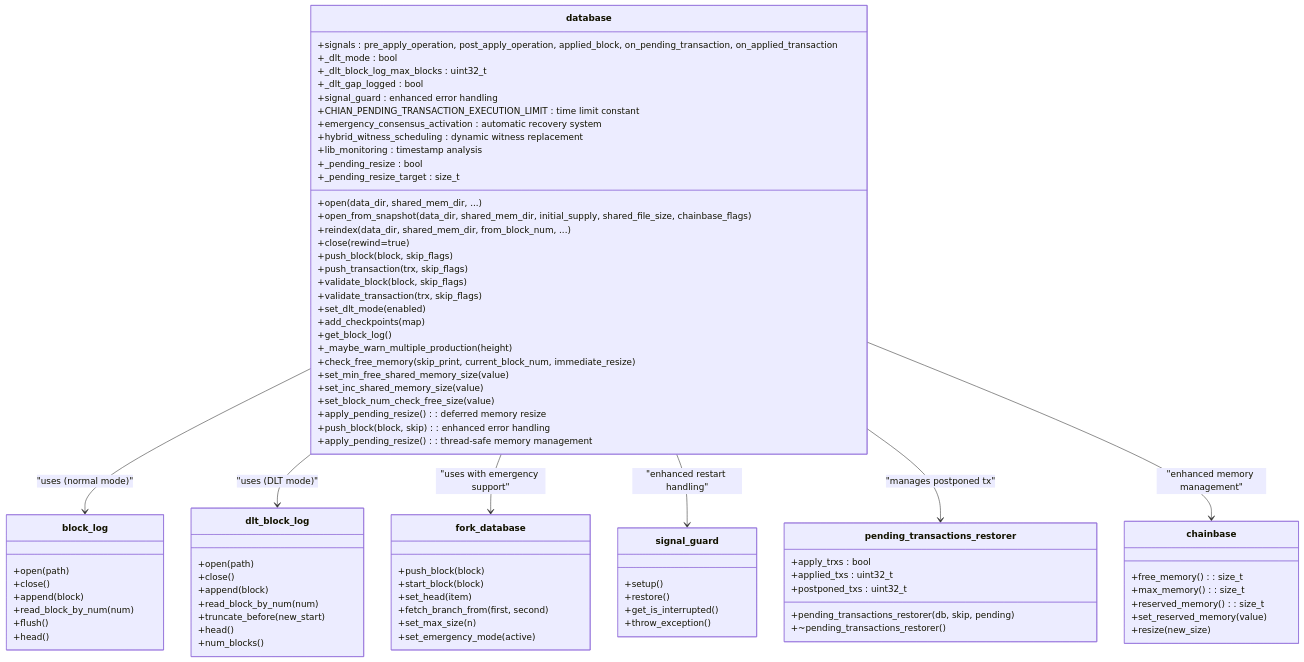
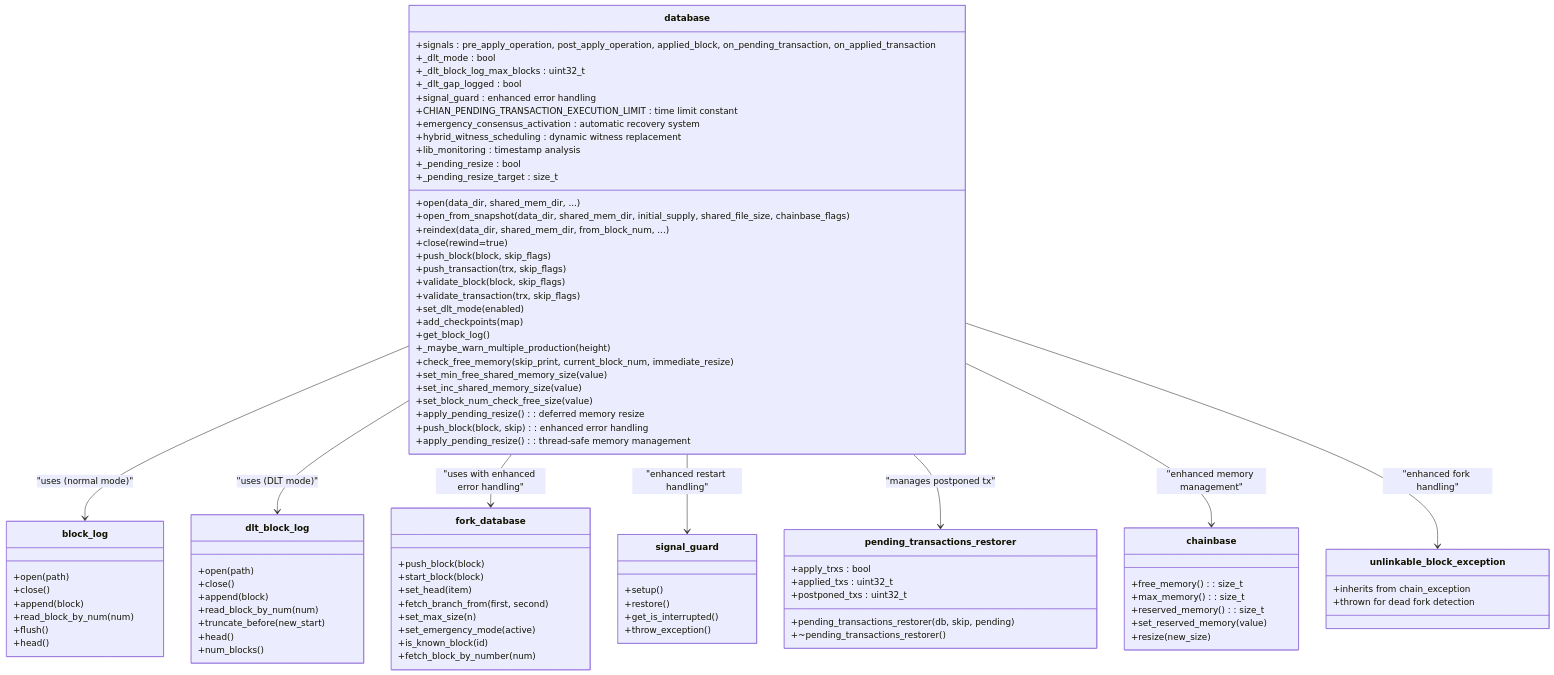
One commit to VIZ-Blockchain/viz-cpp-node changed the second of 24 diagrams in .qoder/repowiki/en/content/Architecture Overview/Core Libraries/Chain Library/Database Management/Database Management.md. Above: the diagram before and after it, drawn with Mermaid. The commit also changed other lines of this file and 4 other files, not shown here.

````diff
--- a/.qoder/repowiki/en/content/Architecture Overview/Core Libraries/Chain Library/Database Management/Database Management.md
+++ b/.qoder/repowiki/en/content/Architecture Overview/Core Libraries/Chain Library/Database Management/Database Management.md
@@ -257,6 +267,8 @@
 +fetch_branch_from(first, second)
 +set_max_size(n)
 +set_emergency_mode(active)
++is_known_block(id)
++fetch_block_by_number(num)
 }
 class signal_guard {
 +setup()
@@ -278,10 +290,15 @@
 +set_reserved_memory(value)
 +resize(new_size)
 }
+class unlinkable_block_exception {
++inherits from chain_exception
++thrown for dead fork detection
+}
 database --> block_log : "uses (normal mode)"
 database --> dlt_block_log : "uses (DLT mode)"
-database --> fork_database : "uses with emergency support"
+database --> fork_database : "uses with enhanced error handling"
 database --> signal_guard : "enhanced restart handling"
 database --> pending_transactions_restorer : "manages postponed tx"
 database --> chainbase : "enhanced memory management"
+database --> unlinkable_block_exception : "enhanced fork handling"
 ```
````
